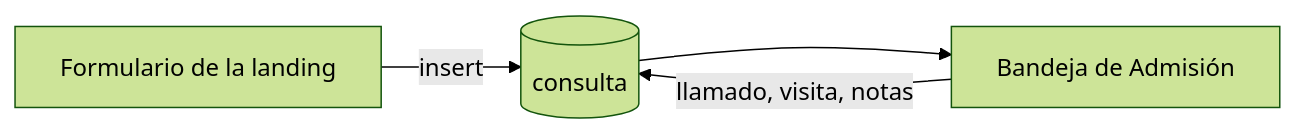
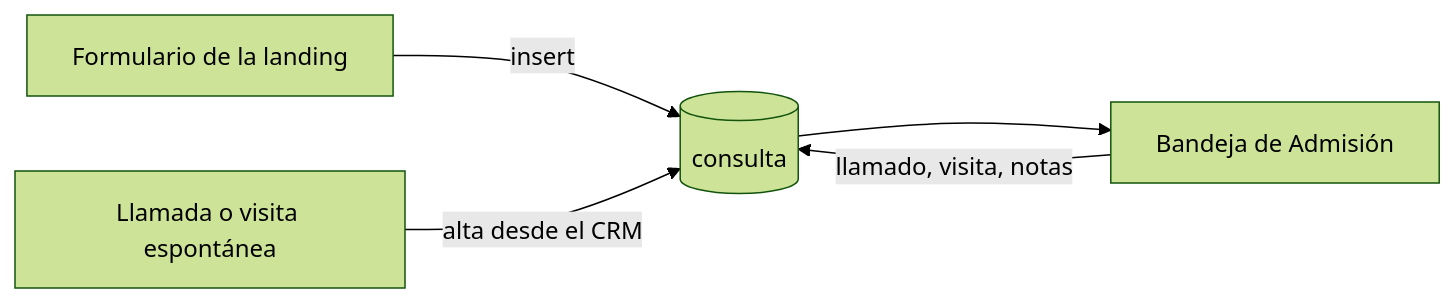
One commit to neyen-ergas/geriatrIA changed the diagram in docs/admision-consultas-modelo.md. Above: the diagram before and after it, drawn with Mermaid (forest theme). The commit also changed other lines of this file and 13 other files, not shown here.

````diff
--- a/docs/admision-consultas-modelo.md
+++ b/docs/admision-consultas-modelo.md
@@ -10,6 +10,7 @@
 ```mermaid
 flowchart LR
     A[Formulario de la landing] -->|insert| B[(consulta)]
+    D[Llamada o visita espontánea] -->|alta desde el CRM| B
     B --> C[Bandeja de Admisión]
     C -->|llamado, visita, notas| B
 ```
````
